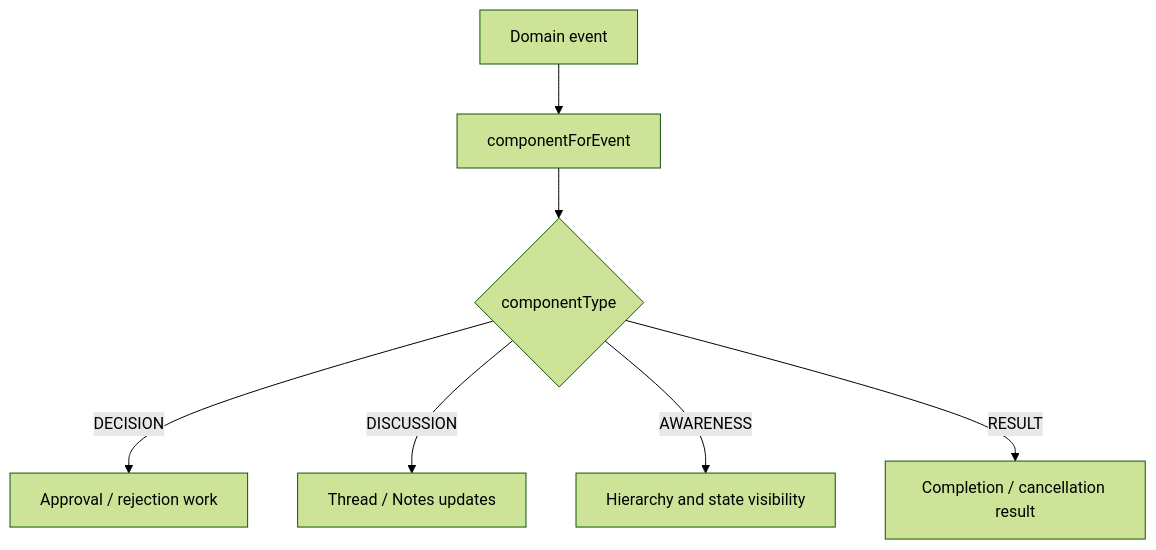
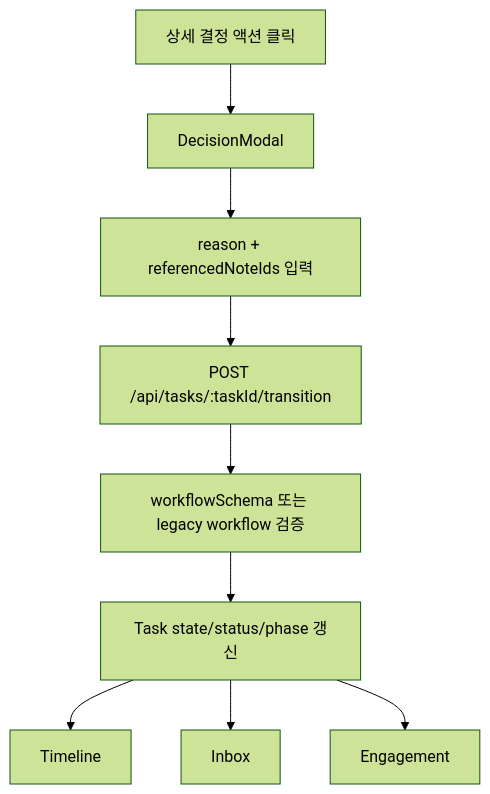
One commit to claire-yunsumin/test changed the fourth of 6 diagrams in docs/ACTION_FLOWS.md. Above: the diagram before and after it, drawn with Mermaid (forest theme). The commit also changed other lines of this file and 18 other files, not shown here.

````diff
--- a/docs/ACTION_FLOWS.md
+++ b/docs/ACTION_FLOWS.md
@@ -66,9 +46,11 @@
 ```mermaid
 flowchart TD
-  A[Domain event] --> B[componentForEvent]
-  B --> C{componentType}
-  C -- DECISION --> D[Approval / rejection work]
-  C -- DISCUSSION --> E[Thread / Notes updates]
-  C -- AWARENESS --> F[Hierarchy and state visibility]
-  C -- RESULT --> G[Completion / cancellation result]
+  A[상세 결정 액션 클릭] --> B[DecisionModal]
+  B --> C[reason + referencedNoteIds 입력]
+  C --> D[POST /api/tasks/:taskId/transition]
+  D --> E[workflowSchema 또는 legacy workflow 검증]
+  E --> F[Task state/status/phase 갱신]
+  F --> G[Timeline]
+  F --> H[Inbox]
+  F --> I[Engagement]
 ```
````
